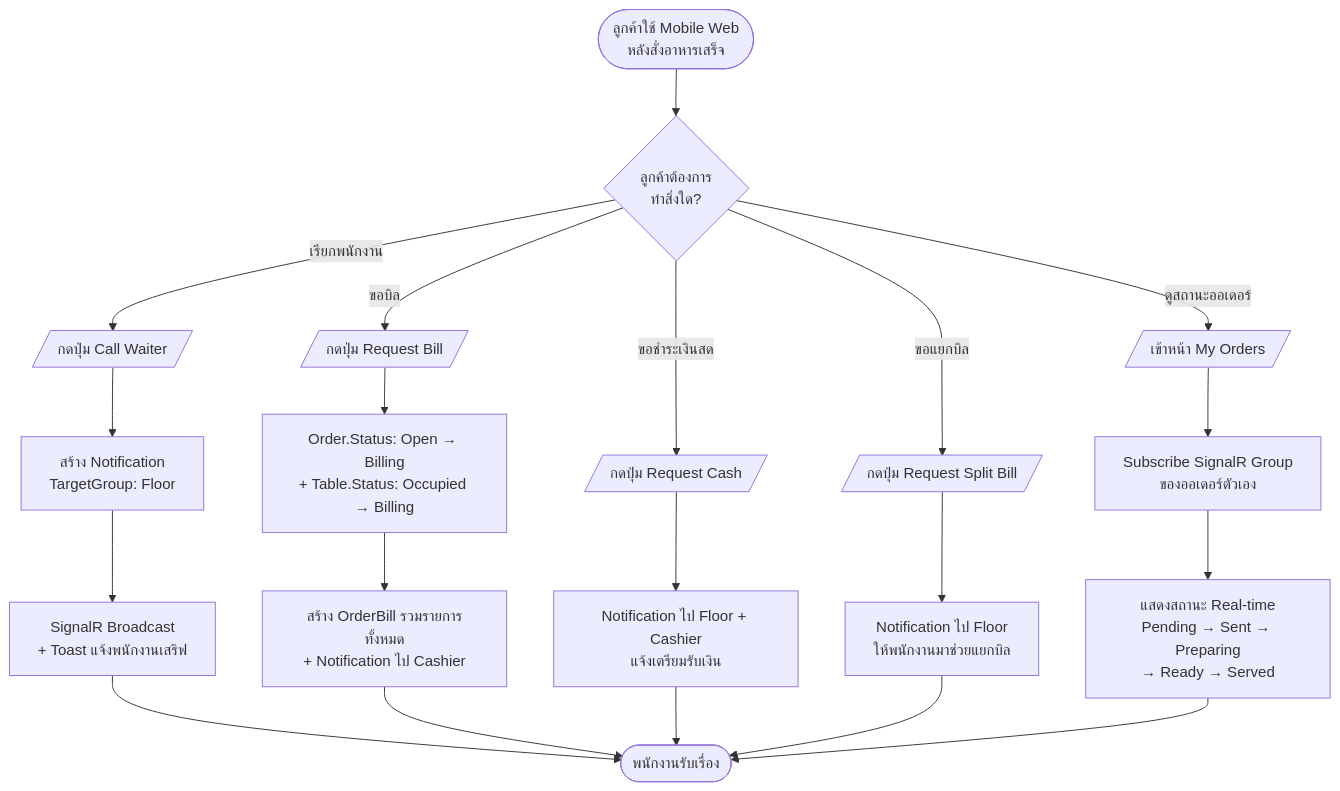
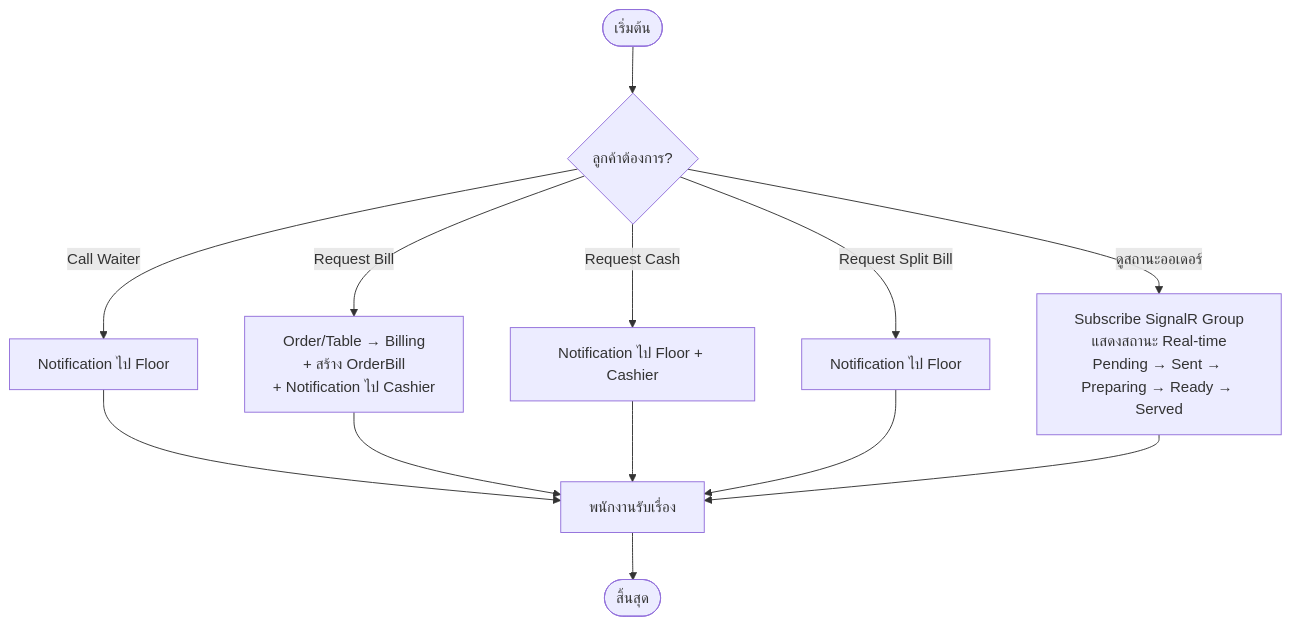
Diagram 21 of 28 in doc/report/05-chapter-3-design.md (TurkPhakim/RBMS-POS-Website), drawn with Mermaid before and after one commit. The commit also changed other lines of this file and 7 other files, not shown here.

````diff
--- a/doc/report/05-chapter-3-design.md
+++ b/doc/report/05-chapter-3-design.md
@@ -819,22 +759,15 @@
 ```mermaid
 flowchart TD
-    A([ลูกค้าใช้ Mobile Web<br/>หลังสั่งอาหารเสร็จ]) --> B{ลูกค้าต้องการ<br/>ทำสิ่งใด?}
-    B -- เรียกพนักงาน --> C[/กดปุ่ม Call Waiter/]
-    C --> D[สร้าง Notification<br/>TargetGroup: Floor]
-    D --> E[SignalR Broadcast<br/>+ Toast แจ้งพนักงานเสริฟ]
-    B -- ขอบิล --> F[/กดปุ่ม Request Bill/]
-    F --> G[Order.Status: Open → Billing<br/>+ Table.Status: Occupied → Billing]
-    G --> H[สร้าง OrderBill รวมรายการทั้งหมด<br/>+ Notification ไป Cashier]
-    B -- ขอชำระเงินสด --> I[/กดปุ่ม Request Cash/]
-    I --> J[Notification ไป Floor + Cashier<br/>แจ้งเตรียมรับเงิน]
-    B -- ขอแยกบิล --> K[/กดปุ่ม Request Split Bill/]
-    K --> L[Notification ไป Floor<br/>ให้พนักงานมาช่วยแยกบิล]
-    B -- ดูสถานะออเดอร์ --> M[/เข้าหน้า My Orders/]
-    M --> N[Subscribe SignalR Group<br/>ของออเดอร์ตัวเอง]
-    N --> O[แสดงสถานะ Real-time<br/>Pending → Sent → Preparing<br/>→ Ready → Served]
-    E --> P([พนักงานรับเรื่อง])
-    H --> P
-    J --> P
-    L --> P
-    O --> P
+    Start([เริ่มต้น]) --> A{ลูกค้าต้องการ?}
+    A -- Call Waiter --> B[Notification ไป Floor]
+    A -- Request Bill --> C[Order/Table → Billing<br/>+ สร้าง OrderBill<br/>+ Notification ไป Cashier]
+    A -- Request Cash --> D[Notification ไป Floor + Cashier]
+    A -- Request Split Bill --> E[Notification ไป Floor]
+    A -- ดูสถานะออเดอร์ --> F[Subscribe SignalR Group<br/>แสดงสถานะ Real-time<br/>Pending → Sent → Preparing → Ready → Served]
+    B --> G[พนักงานรับเรื่อง]
+    C --> G
+    D --> G
+    E --> G
+    F --> G
+    G --> End([สิ้นสุด])
 ```
````
